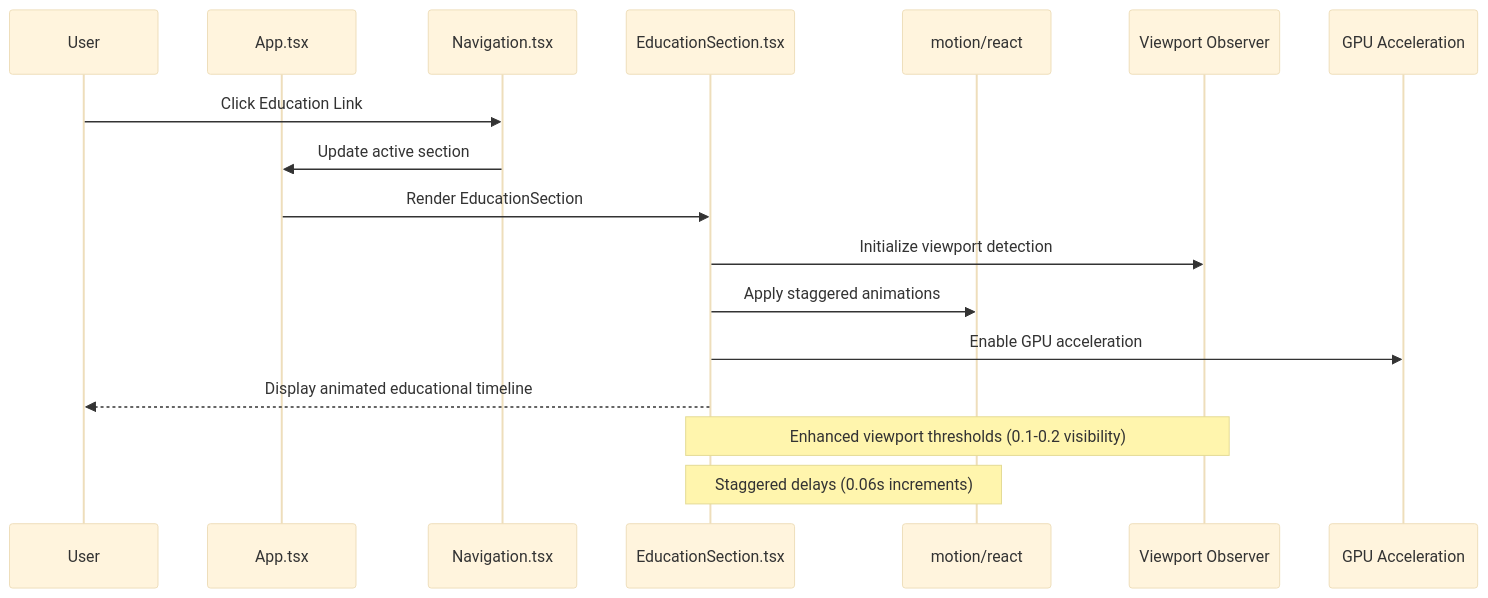
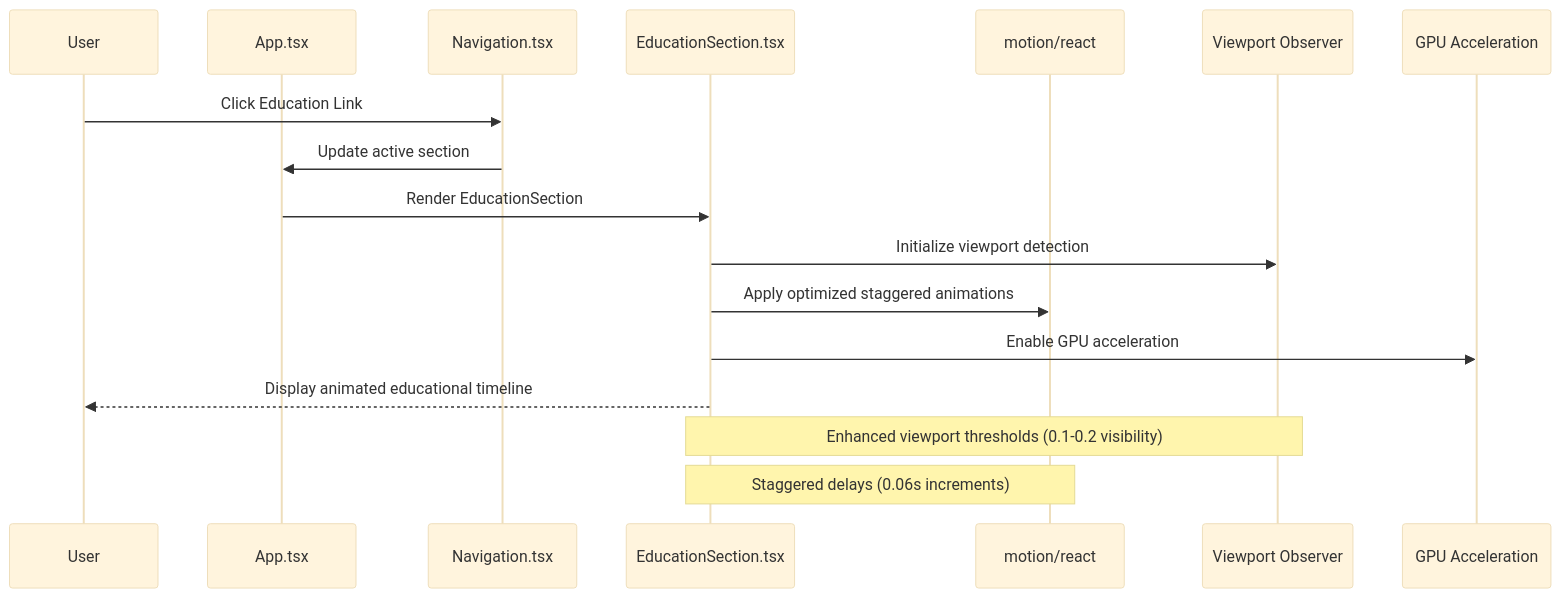
The third of 11 diagrams in .qoder/repowiki/en/content/Component Library & UI Elements/EducationSection Component.md (subash7781/Portfolio), drawn with Mermaid (base theme) before and after one commit. The commit also changed other lines of this file and 9 other files, not shown here.

````diff
--- a/.qoder/repowiki/en/content/Component Library & UI Elements/EducationSection Component.md
+++ b/.qoder/repowiki/en/content/Component Library & UI Elements/EducationSection Component.md
@@ -147,19 +145,19 @@
 ```mermaid
 sequenceDiagram
 participant User as User
 participant App as App.tsx
 participant Nav as Navigation.tsx
 participant Section as EducationSection.tsx
 participant Motion as motion/react
 participant Observer as Viewport Observer
 participant GPU as GPU Acceleration
 User->>Nav : Click Education Link
 Nav->>App : Update active section
 App->>Section : Render EducationSection
 Section->>Observer : Initialize viewport detection
-Section->>Motion : Apply staggered animations
+Section->>Motion : Apply optimized staggered animations
 Section->>GPU : Enable GPU acceleration
 Section-->>User : Display animated educational timeline
 Note over Section,Observer : Enhanced viewport thresholds (0.1-0.2 visibility)
 Note over Section,Motion : Staggered delays (0.06s increments)
 ```
````
